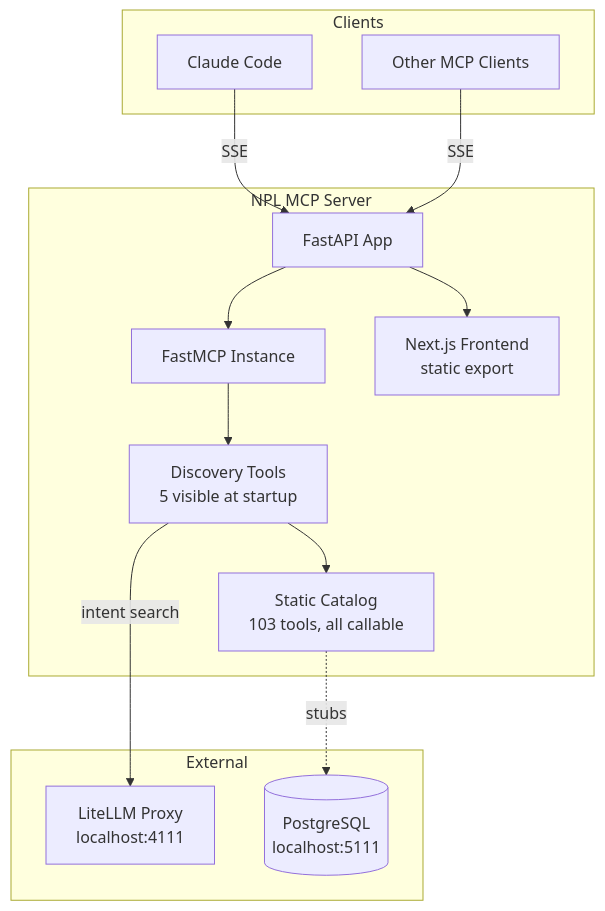
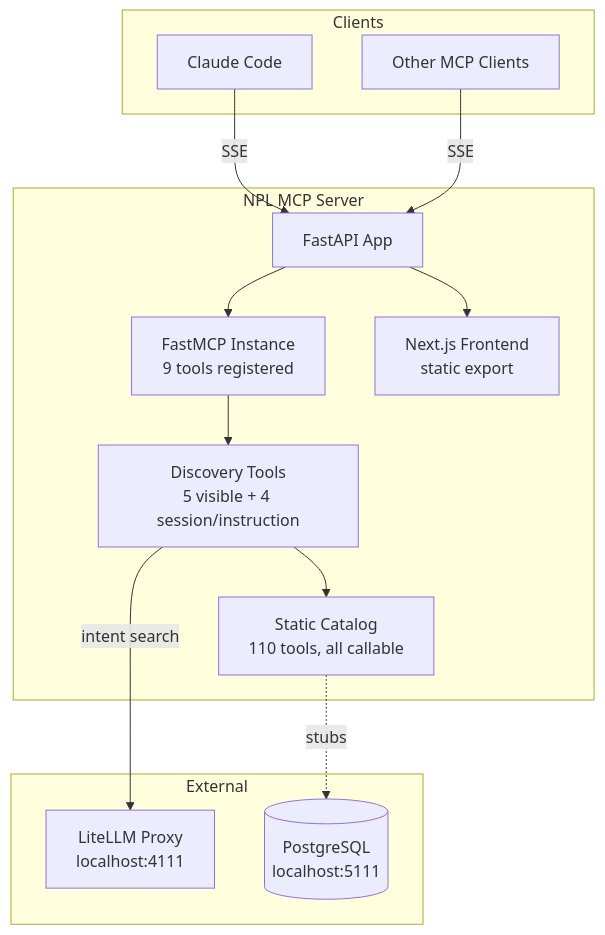
One commit to noizu-labs-ml/NoizuPromptLingo changed the diagram in docs/PROJ-ARCH.md. Above: the diagram before and after it, drawn with Mermaid. The commit also changed other lines of this file and 1 other file, not shown here.

````diff
--- a/docs/PROJ-ARCH.md
+++ b/docs/PROJ-ARCH.md
@@ -11,29 +11,29 @@
 ```mermaid
 graph TB
     subgraph Clients
         CC[Claude Code]
         Other[Other MCP Clients]
     end
 
     subgraph "NPL MCP Server"
         API[FastAPI App]
-        MCP[FastMCP Instance]
-        Meta[Discovery Tools<br/>5 visible at startup]
-        Catalog[Static Catalog<br/>103 tools, all callable]
+        MCP[FastMCP Instance<br/>9 tools registered]
+        Meta[Discovery Tools<br/>5 visible + 4 session/instruction]
+        Catalog[Static Catalog<br/>110 tools, all callable]
         FE[Next.js Frontend<br/>static export]
     end
 
     subgraph External
         LLM[LiteLLM Proxy<br/>localhost:4111]
         DB[(PostgreSQL<br/>localhost:5111)]
     end
 
     CC -->|SSE| API
     Other -->|SSE| API
     API --> MCP
     MCP --> Meta
     Meta --> Catalog
     Meta -->|intent search| LLM
     API --> FE
     Catalog -.->|stubs| DB
 ```
````
